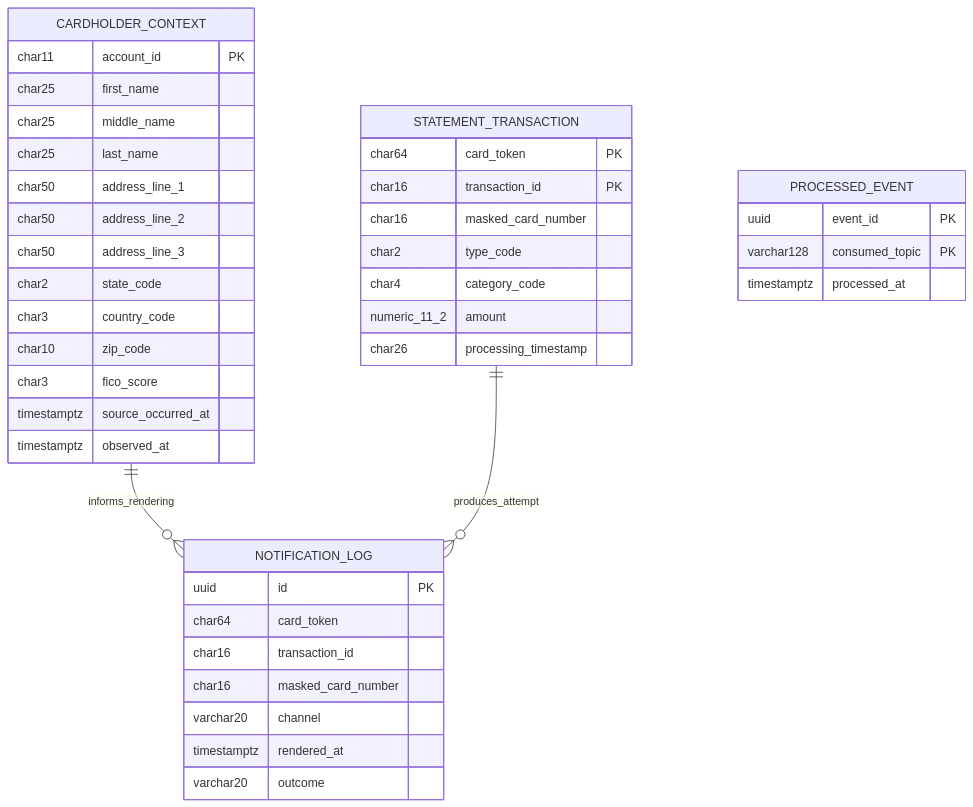
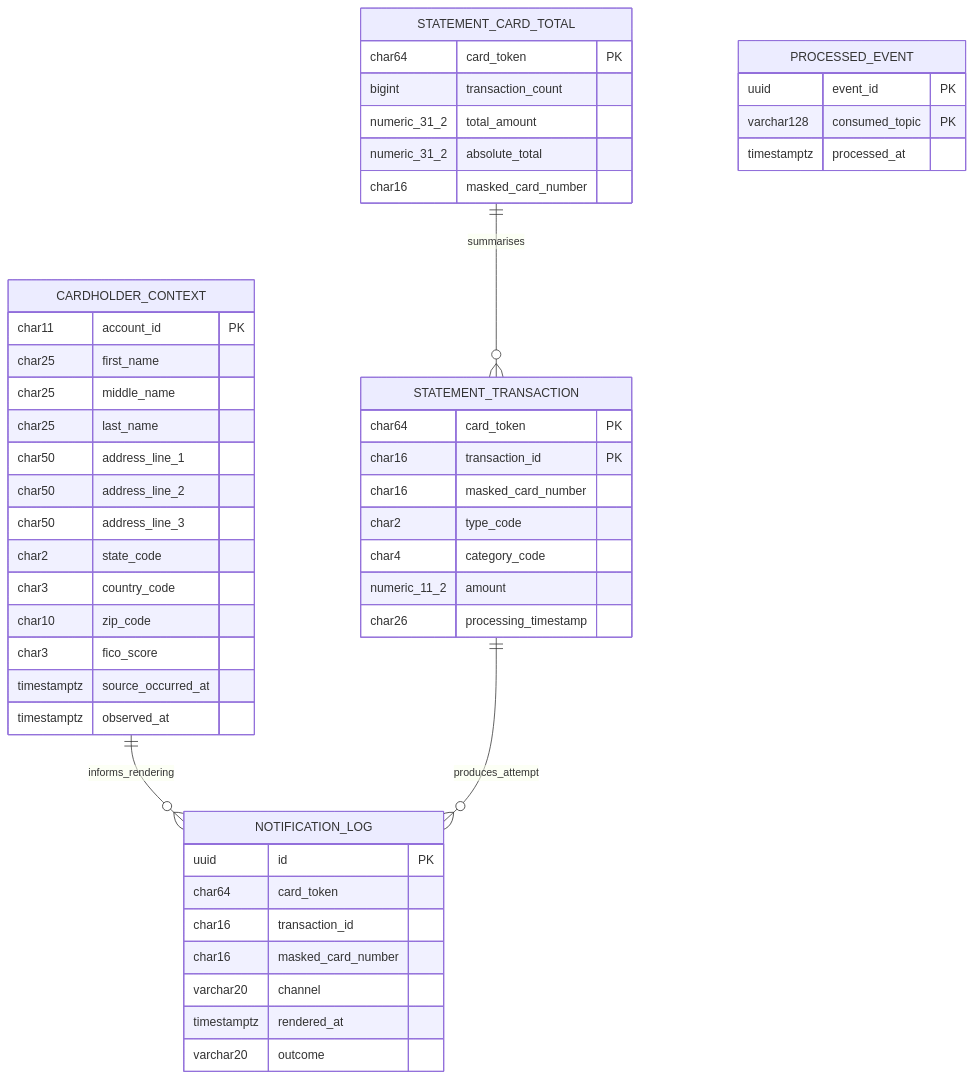
The fourth of 6 diagrams in card-platform/docs/data-model.md (blitzy-public-samples/aws-carddemo-blitzy), drawn with Mermaid before and after one commit. The commit also changed other lines of this file and 126 other files, not shown here.

````diff
--- a/card-platform/docs/data-model.md
+++ b/card-platform/docs/data-model.md
@@ -414,44 +417,52 @@
 ```mermaid
 erDiagram
     STATEMENT_TRANSACTION {
         char64 card_token PK
         char16 transaction_id PK
         char16 masked_card_number
         char2 type_code
         char4 category_code
         numeric_11_2 amount
         char26 processing_timestamp
+    }
+    STATEMENT_CARD_TOTAL {
+        char64 card_token PK
+        bigint transaction_count
+        numeric_31_2 total_amount
+        numeric_31_2 absolute_total
+        char16 masked_card_number
     }
     CARDHOLDER_CONTEXT {
         char11 account_id PK
         char25 first_name
         char25 middle_name
         char25 last_name
         char50 address_line_1
         char50 address_line_2
         char50 address_line_3
         char2 state_code
         char3 country_code
         char10 zip_code
         char3 fico_score
         timestamptz source_occurred_at
         timestamptz observed_at
     }
     NOTIFICATION_LOG {
         uuid id PK
         char64 card_token
         char16 transaction_id
         char16 masked_card_number
         varchar20 channel
         timestamptz rendered_at
         varchar20 outcome
     }
     PROCESSED_EVENT {
         uuid event_id PK
         varchar128 consumed_topic PK
         timestamptz processed_at
     }
 
     CARDHOLDER_CONTEXT ||--o{ NOTIFICATION_LOG : informs_rendering
     STATEMENT_TRANSACTION ||--o{ NOTIFICATION_LOG : produces_attempt
+    STATEMENT_CARD_TOTAL ||--o{ STATEMENT_TRANSACTION : summarises
 ```
````
